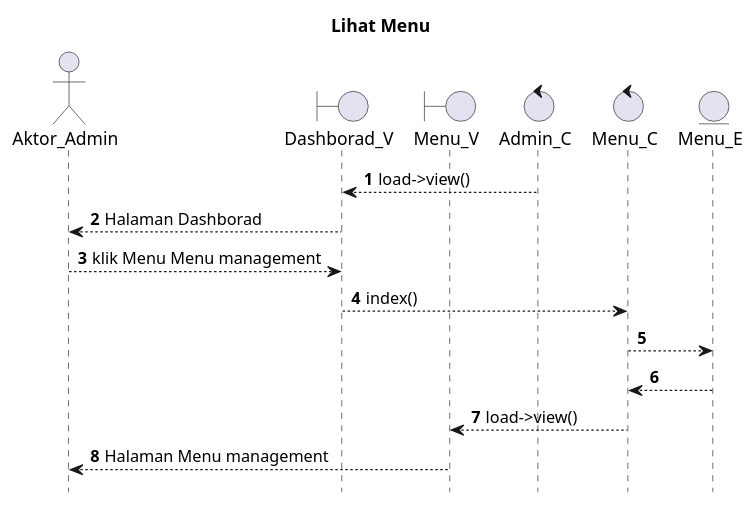
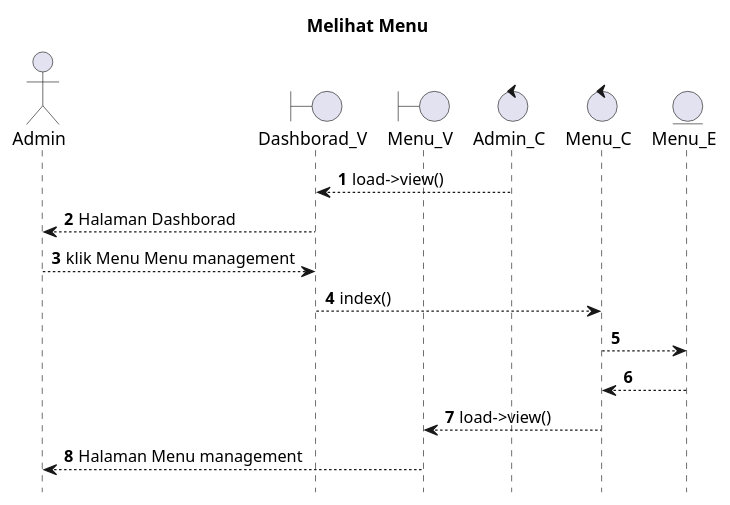
One commit to kurniado729/sistem_kp changed the diagram in SELAIN SISTEM/UML/SEQUENCE/admin/viewmenu.puml. Above: the diagram before and after it, drawn with PlantUML. The commit also changed 31 other files, not shown here.

Commit message:
masukkan sequence di laporan

```diff
--- a/SELAIN SISTEM/UML/SEQUENCE/admin/viewmenu.puml
+++ b/SELAIN SISTEM/UML/SEQUENCE/admin/viewmenu.puml
@@ -1,24 +1,24 @@
 @startuml
 
 autonumber
 hide footbox
-title Lihat Menu
+title Melihat Menu
 
-Actor Aktor_Admin
+Actor Admin
 boundary Dashborad_V
 boundary Menu_V
 control Admin_C
 control Menu_C
 Entity Menu_E
 
 Admin_C --> Dashborad_V: load->view()
-Dashborad_V --> Aktor_Admin: Halaman Dashborad
-Aktor_Admin --> Dashborad_V: klik Menu Menu management
+Dashborad_V --> Admin: Halaman Dashborad
+Admin --> Dashborad_V: klik Menu Menu management
 Dashborad_V --> Menu_C: index()
 Menu_C --> Menu_E:
     
     Menu_E --> Menu_C:
     Menu_C --> Menu_V: load->view()
-    Menu_V --> Aktor_Admin: Halaman Menu management
+    Menu_V --> Admin: Halaman Menu management
 
 @enduml
```
